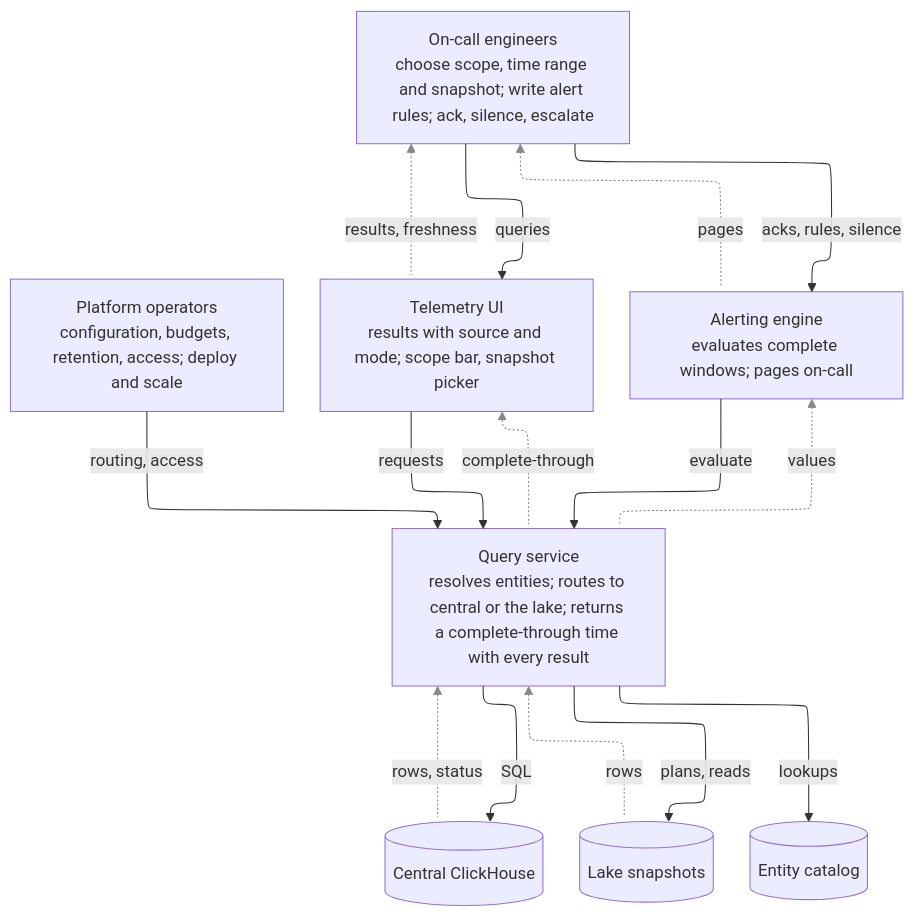
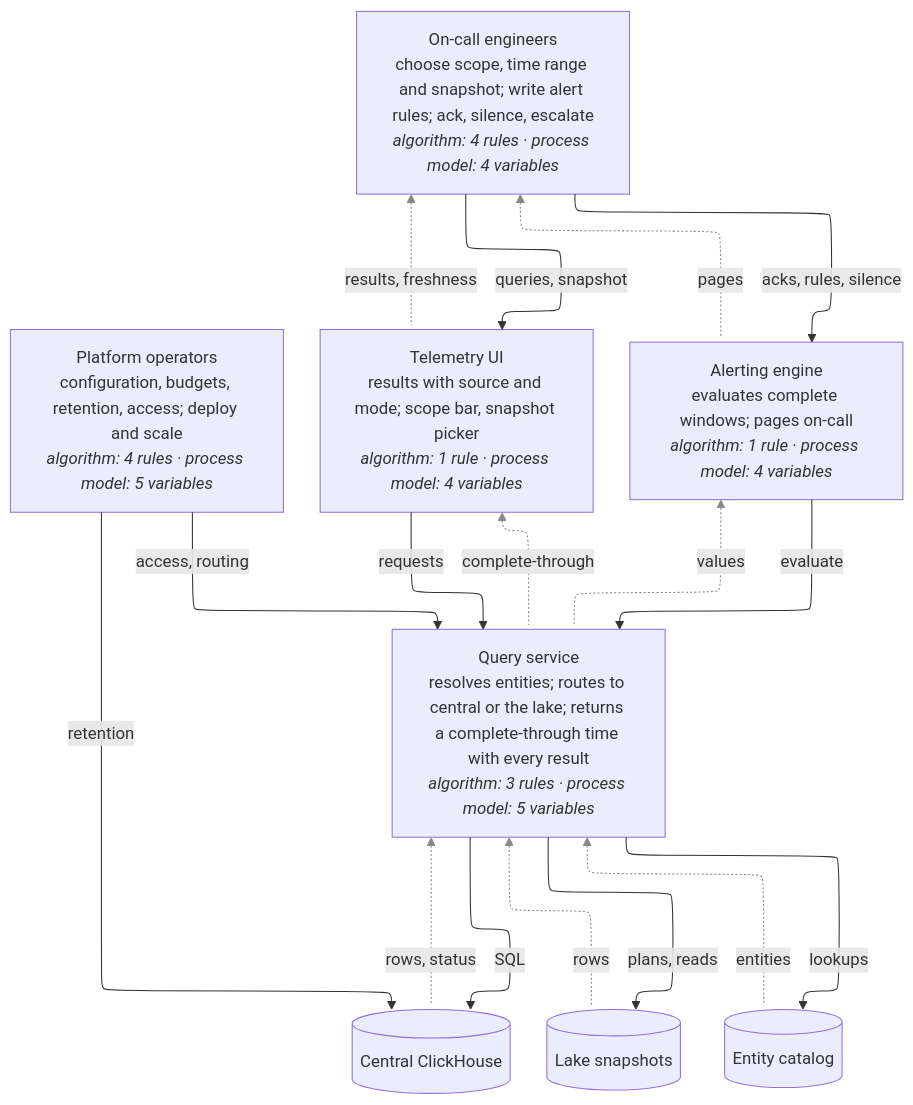
Before and after one commit to casselc/observability: the diagram in otel-chdb/stpa/generated/control-structure-b.mmd, drawn with Mermaid. The commit also changed 332 other files, not shown here.

```diff
--- a/otel-chdb/stpa/generated/control-structure-b.mmd
+++ b/otel-chdb/stpa/generated/control-structure-b.mmd
@@ -1,30 +1,32 @@
 ---
 config:
   layout: elk
 ---
 flowchart TB
   %% Generated by otel-chdb/stpa/tools from the records (view view-54fc98: control-structure-b). Do not edit.
-  nc6c2a0["On-call engineers<br/>choose scope, time range and snapshot; write alert rules; ack, silence, escalate"]
-  n71fede["Platform operators<br/>configuration, budgets, retention, access; deploy and scale"]
-  n0e2f45["Telemetry UI<br/>results with source and mode; scope bar, snapshot picker"]
-  nec2f3e["Alerting engine<br/>evaluates complete windows; pages on-call"]
-  n2f943e["Query service<br/>resolves entities; routes to central or the lake; returns a complete-through time with every result"]
+  n71fede["Platform operators<br/>configuration, budgets, retention, access; deploy and scale<br/><i>algorithm: 4 rules · process model: 5 variables</i>"]
+  nc6c2a0["On-call engineers<br/>choose scope, time range and snapshot; write alert rules; ack, silence, escalate<br/><i>algorithm: 4 rules · process model: 4 variables</i>"]
+  n0e2f45["Telemetry UI<br/>results with source and mode; scope bar, snapshot picker<br/><i>algorithm: 1 rule · process model: 4 variables</i>"]
+  nec2f3e["Alerting engine<br/>evaluates complete windows; pages on-call<br/><i>algorithm: 1 rule · process model: 4 variables</i>"]
+  n2f943e["Query service<br/>resolves entities; routes to central or the lake; returns a complete-through time with every result<br/><i>algorithm: 3 rules · process model: 5 variables</i>"]
   ned00c7[("Central ClickHouse")]
   nb29392[("Lake snapshots")]
   nce1c77[("Entity catalog")]
-  nc6c2a0 -->|queries| n0e2f45
-  nc6c2a0 fb1@<-.->|results, freshness| n0e2f45
+  n71fede -->|access, routing| n2f943e
+  n71fede -->|retention| ned00c7
+  n2f943e -->|SQL| ned00c7
+  n2f943e fb1@<-.->|rows, status| ned00c7
+  n2f943e -->|plans, reads| nb29392
+  n2f943e fb2@<-.->|rows| nb29392
+  n2f943e -->|lookups| nce1c77
+  n2f943e fb3@<-.->|entities| nce1c77
+  nc6c2a0 -->|queries, snapshot| n0e2f45
+  nc6c2a0 fb4@<-.->|results, freshness| n0e2f45
   nc6c2a0 -->|acks, rules, silence| nec2f3e
-  nc6c2a0 fb2@<-.->|pages| nec2f3e
+  nc6c2a0 fb5@<-.->|pages| nec2f3e
   n0e2f45 -->|requests| n2f943e
-  n0e2f45 fb3@<-.->|complete-through| n2f943e
-  n2f943e -->|SQL| ned00c7
-  n2f943e fb4@<-.->|rows, status| ned00c7
-  n2f943e -->|plans, reads| nb29392
-  n2f943e fb5@<-.->|rows| nb29392
-  n2f943e -->|lookups| nce1c77
+  n0e2f45 fb6@<-.->|complete-through| n2f943e
   nec2f3e -->|evaluate| n2f943e
-  nec2f3e fb6@<-.->|values| n2f943e
-  n71fede -->|routing, access| n2f943e
+  nec2f3e fb7@<-.->|values| n2f943e
   classDef fb stroke:#888,marker-end:none
-  class fb1,fb2,fb3,fb4,fb5,fb6 fb
+  class fb1,fb2,fb3,fb4,fb5,fb6,fb7 fb
```
